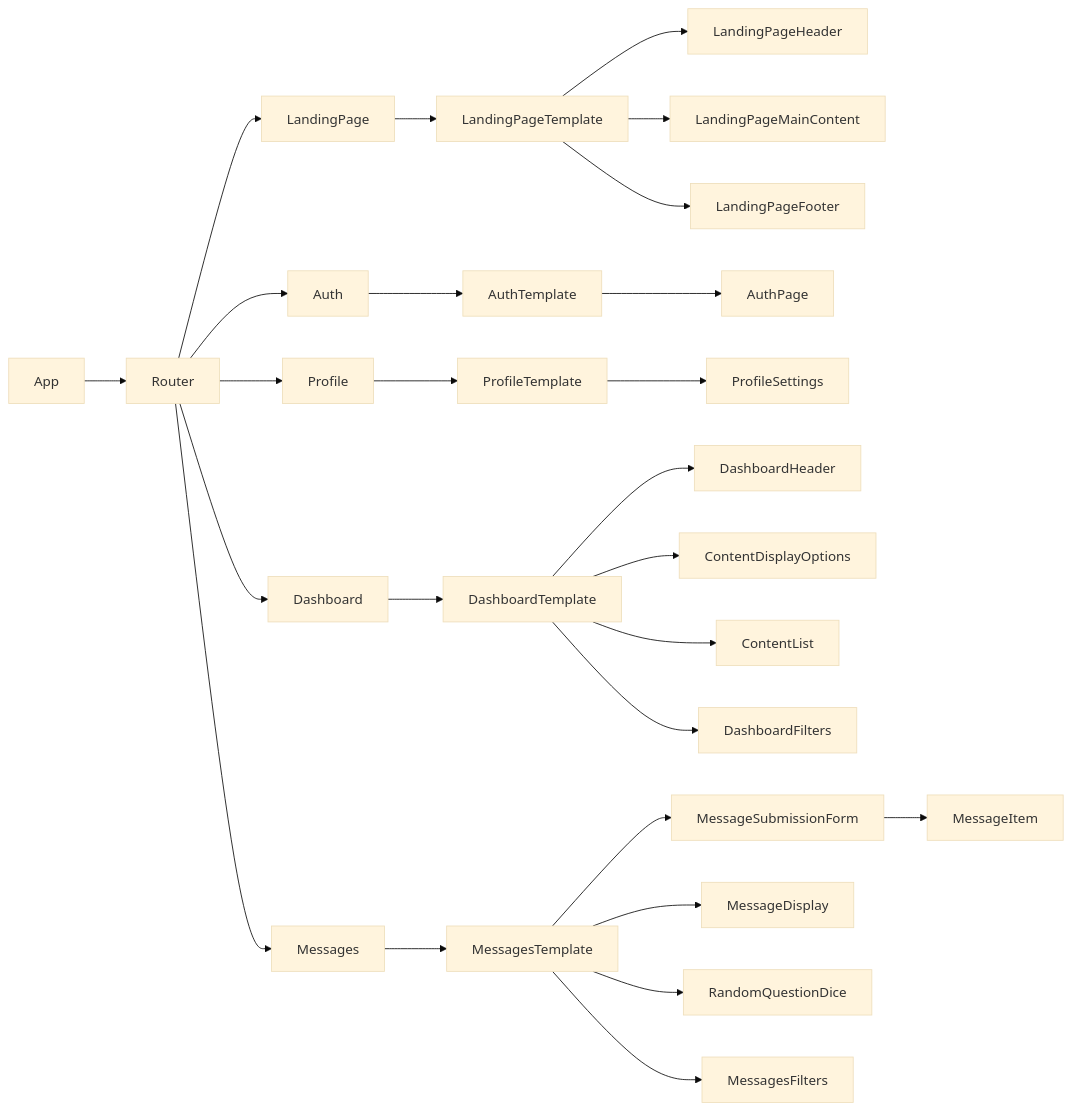
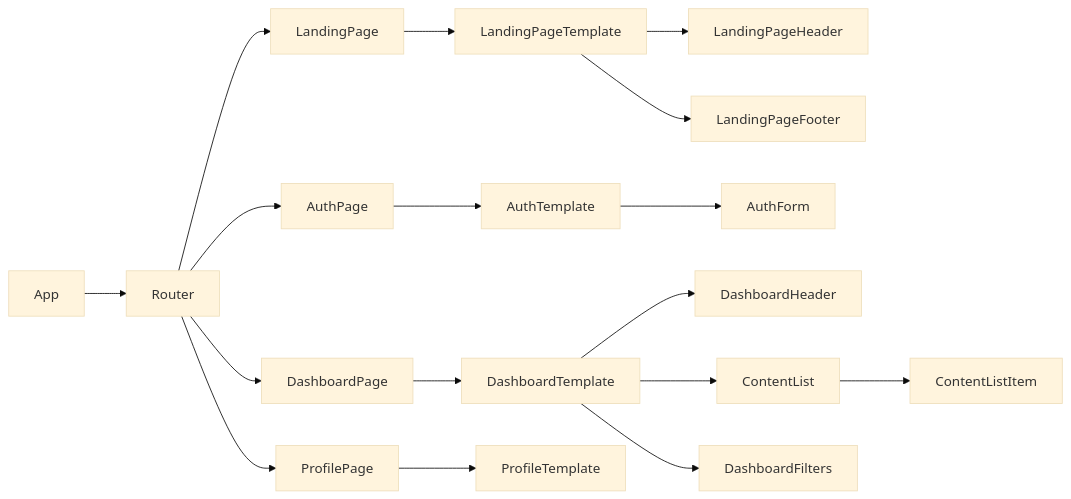
One commit to hendurhance/whispr changed the third of 3 diagrams in doc/technical-specifications.md. Above: the diagram before and after it, drawn with Mermaid (base theme). The commit also changed other lines of this file and 12 other files, not shown here.

````diff
--- a/doc/technical-specifications.md
+++ b/doc/technical-specifications.md
@@ -223,28 +345,23 @@
 ``` mermaid
+
 graph LR
-    A[App] --> B[Router]
-    B --> C[LandingPage]
-    B --> D[Auth]
-    B --> E[Profile]
-    B --> F[Dashboard]
-    B --> G[Messages]
-    C --> H[LandingPageTemplate]
-    D --> I[AuthTemplate]
-    E --> J[ProfileTemplate]
-    F --> K[DashboardTemplate]
-    G --> L[MessagesTemplate]
-    H --> M[LandingPageHeader]
-    H --> N[LandingPageMainContent]
-    H --> O[LandingPageFooter]
-    I --> P[AuthPage]
-    J --> Q[ProfileSettings]
-    K --> R[DashboardHeader]
-    K --> S[ContentDisplayOptions]
-    K --> T[ContentList]
-    K --> U[DashboardFilters]
-    L --> V[MessageSubmissionForm]
-    L --> W[MessageDisplay]
-    L --> X[RandomQuestionDice]
-    L --> Y[MessagesFilters]
-    V --> Z[MessageItem]
+    App --> Router
+    Router --> LandingPage
+    Router --> AuthPage
+    Router --> DashboardPage
+    Router --> ProfilePage
+
+    LandingPage --> LandingPageTemplate
+    AuthPage --> AuthTemplate
+    DashboardPage --> DashboardTemplate
+    ProfilePage --> ProfileTemplate
+
+    LandingPageTemplate --> LandingPageHeader
+    LandingPageTemplate --> LandingPageFooter
+
+    AuthTemplate --> AuthForm
+    DashboardTemplate --> DashboardHeader
+    DashboardTemplate --> ContentList
+    DashboardTemplate --> DashboardFilters
+    ContentList --> ContentListItem
 ```
````
